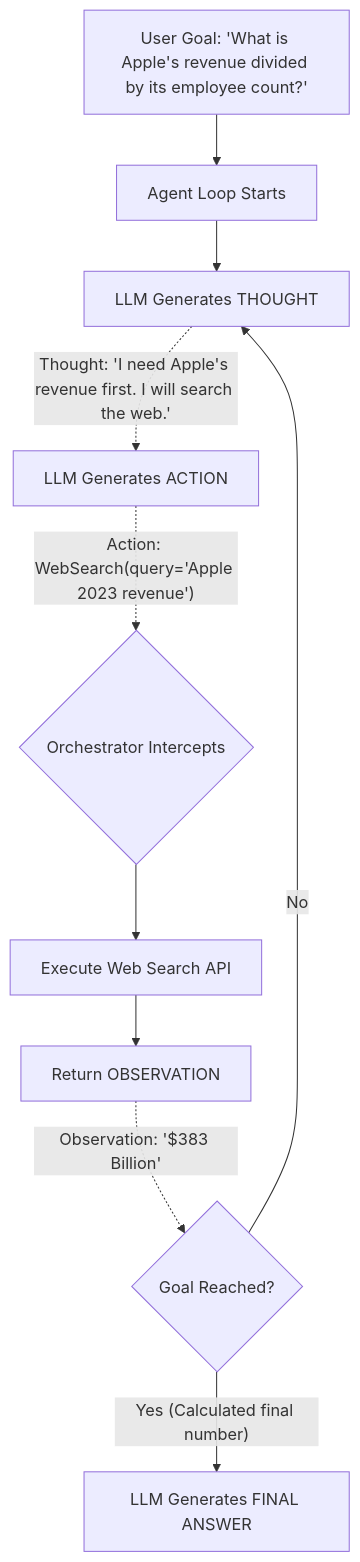
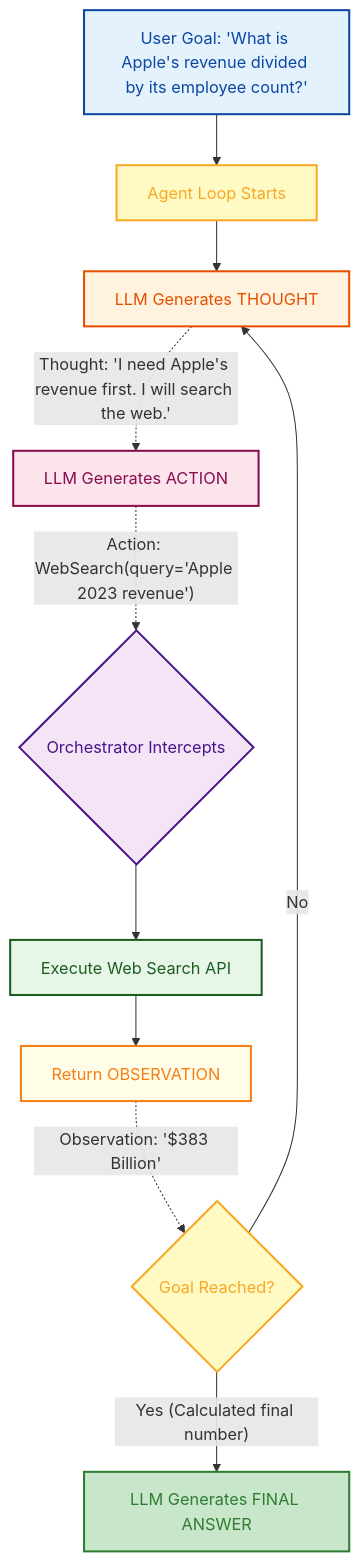
The first of 2 diagrams in docs/13-agents/README.md (GyanendraChaubey/AI-Engineering-Notes), drawn with Mermaid before and after one commit. The commit also changed other lines of this file and 15 other files, not shown here.

Commit message:
style: apply light color palette to remaining Mermaid diagrams (docs 15 & 16)

````diff
--- a/docs/13-agents/README.md
+++ b/docs/13-agents/README.md
@@ -50,17 +50,26 @@
 ```mermaid
 flowchart TD
     A["User Goal: 'What is Apple's revenue divided by its employee count?'"] --> B["Agent Loop Starts"]
     
     B --> C["LLM Generates THOUGHT"]
     C -.->|"Thought: 'I need Apple's revenue first. I will search the web.'"| D["LLM Generates ACTION"]
     
     D -.->|"Action: WebSearch(query='Apple 2023 revenue')"| E{"Orchestrator Intercepts"}
     
     E --> F["Execute Web Search API"]
     F --> G["Return OBSERVATION"]
     
     G -.->|"Observation: '$383 Billion'"| H{"Goal Reached?"}
     
     H -->|"No"| C
     H -->|"Yes (Calculated final number)"| I["LLM Generates FINAL ANSWER"]
+    style A fill:#e3f2fd,stroke:#0d47a1,stroke-width:2px,color:#0d47a1
+    style B fill:#fff9c4,stroke:#f9a825,stroke-width:2px,color:#f9a825
+    style C fill:#fff3e0,stroke:#e65100,stroke-width:2px,color:#e65100
+    style D fill:#fce4ec,stroke:#880e4f,stroke-width:2px,color:#880e4f
+    style E fill:#f3e5f5,stroke:#4a148c,stroke-width:2px,color:#4a148c
+    style F fill:#e8f5e9,stroke:#1b5e20,stroke-width:2px,color:#1b5e20
+    style G fill:#fffde7,stroke:#f57f17,stroke-width:2px,color:#f57f17
+    style H fill:#fff9c4,stroke:#f9a825,stroke-width:2px,color:#f9a825
+    style I fill:#c8e6c9,stroke:#2e7d32,stroke-width:2px,color:#2e7d32
 ```
````
